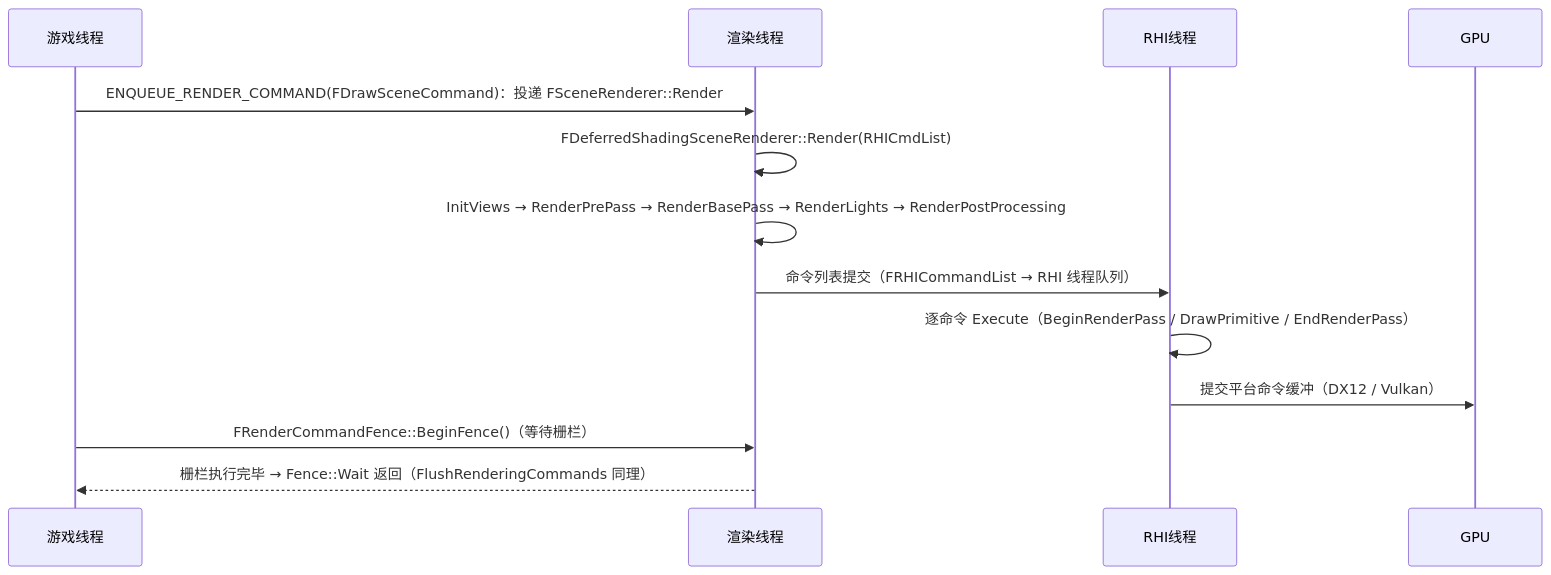
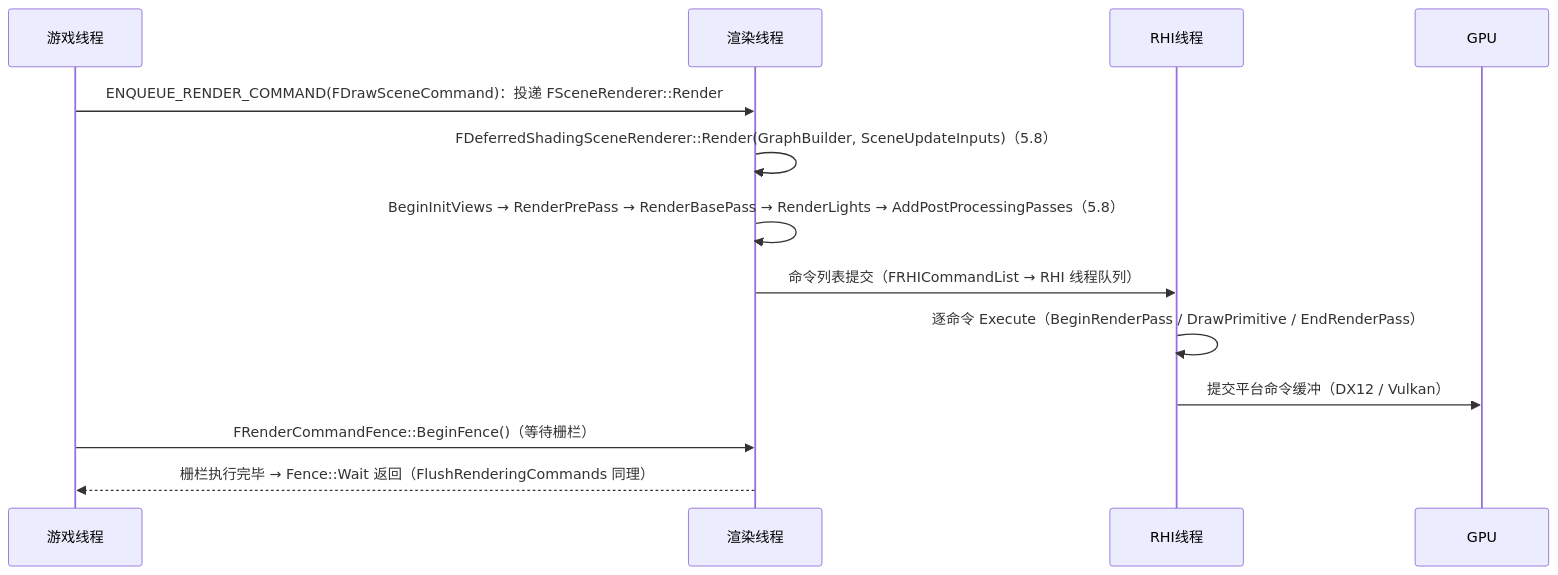
The diagram in 游戏知识/12-引擎源码分析/10-渲染线程与RHI源码.md (fantuan812/learning), drawn with Mermaid before and after one commit. The commit also changed other lines of this file and 17 other files, not shown here.

````diff
--- a/游戏知识/12-引擎源码分析/10-渲染线程与RHI源码.md
+++ b/游戏知识/12-引擎源码分析/10-渲染线程与RHI源码.md
@@ -342,15 +308,15 @@
 ```mermaid
 sequenceDiagram
     participant G as 游戏线程
     participant R as 渲染线程
     participant H as RHI线程
     participant GPU
     G->>R: ENQUEUE_RENDER_COMMAND(FDrawSceneCommand)：投递 FSceneRenderer::Render
-    R->>R: FDeferredShadingSceneRenderer::Render(RHICmdList)
-    R->>R: InitViews → RenderPrePass → RenderBasePass → RenderLights → RenderPostProcessing
+    R->>R: FDeferredShadingSceneRenderer::Render(GraphBuilder, SceneUpdateInputs)（5.8）
+    R->>R: BeginInitViews → RenderPrePass → RenderBasePass → RenderLights → AddPostProcessingPasses（5.8）
     R->>H: 命令列表提交（FRHICommandList → RHI 线程队列）
     H->>H: 逐命令 Execute（BeginRenderPass / DrawPrimitive / EndRenderPass）
     H->>GPU: 提交平台命令缓冲（DX12 / Vulkan）
     G->>R: FRenderCommandFence::BeginFence()（等待栅栏）
     R-->>G: 栅栏执行完毕 → Fence::Wait 返回（FlushRenderingCommands 同理）
 ```
````
